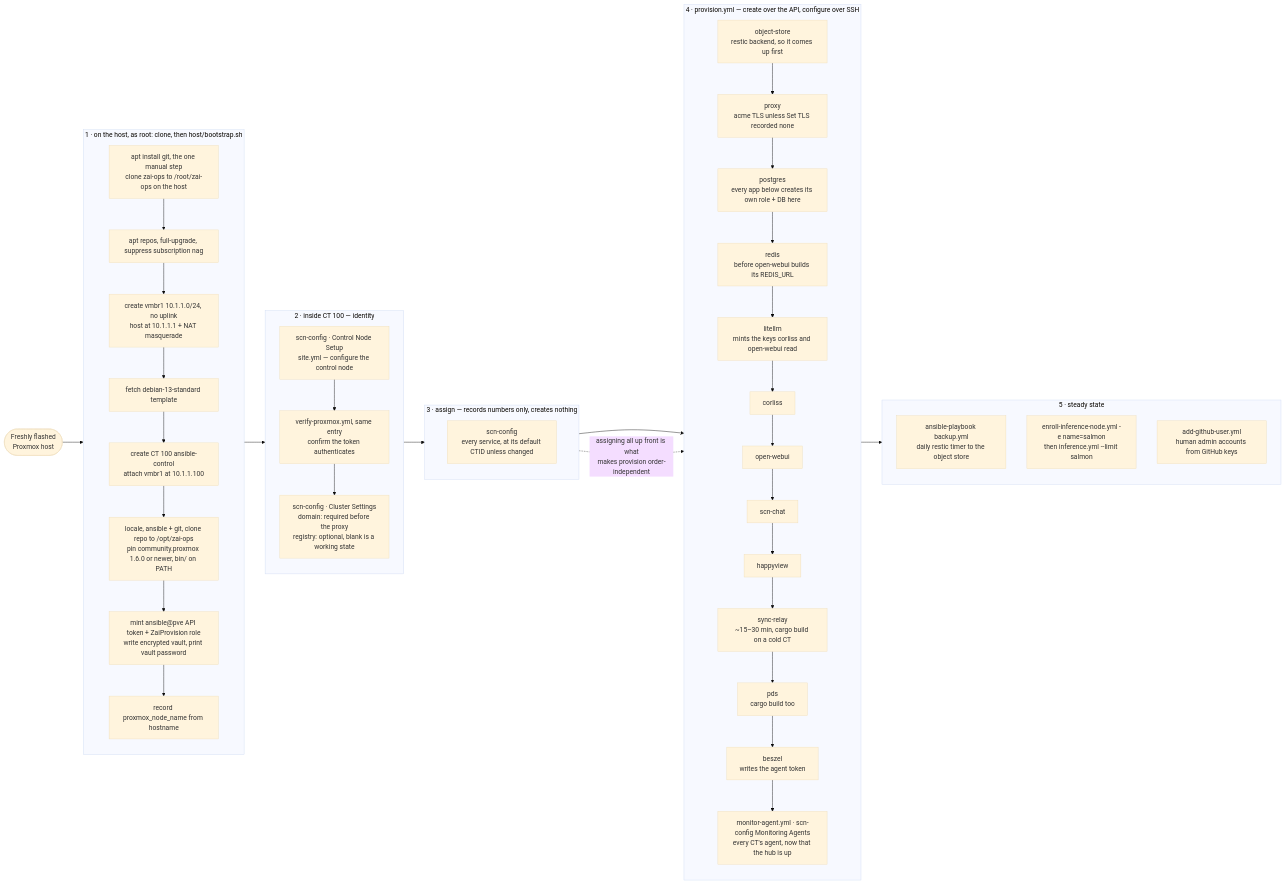
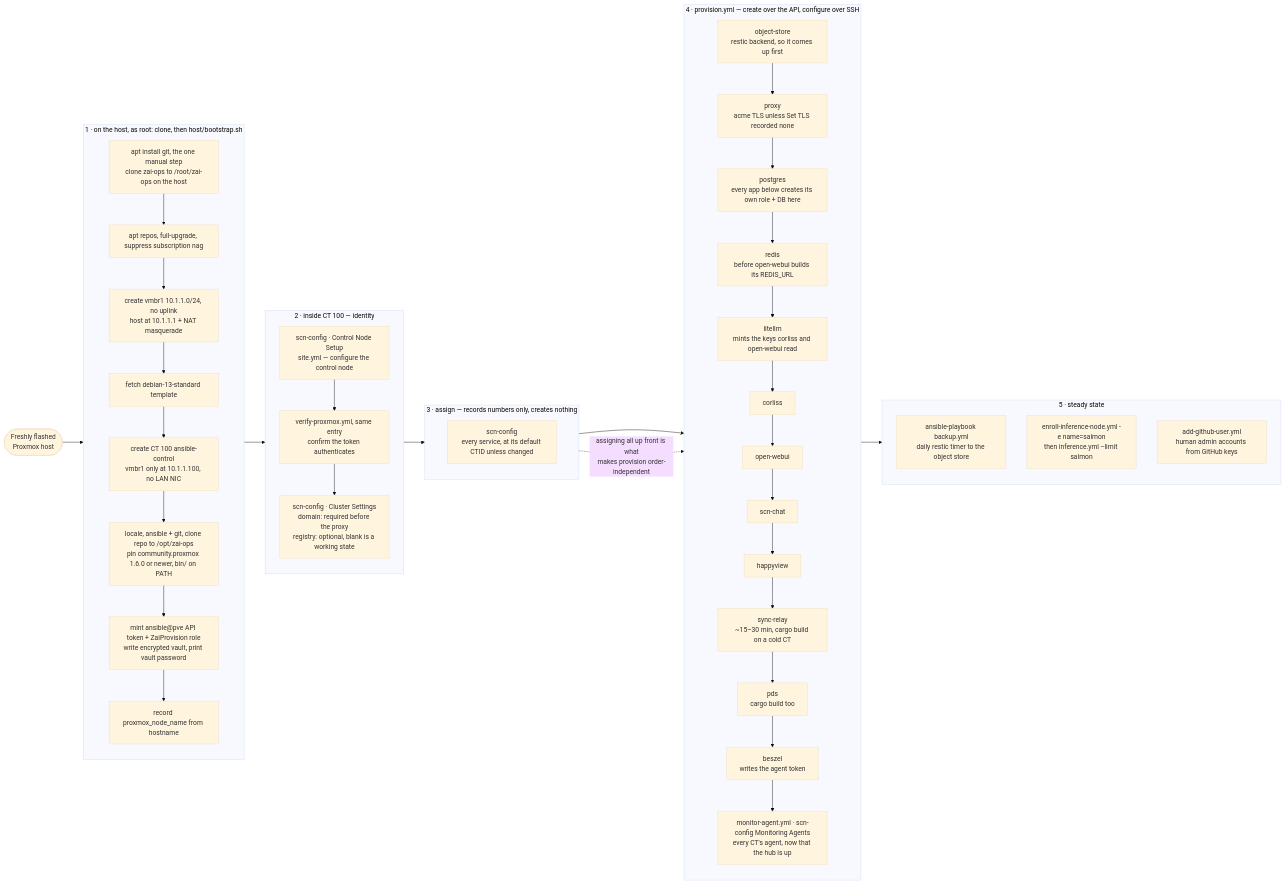
Before and after one commit to Z-Space-Society/zai-ops: the second of 4 diagrams in docs/diagrams.md, drawn with Mermaid (base theme). The commit also changed 8 other files, not shown here.

````diff
--- a/docs/diagrams.md
+++ b/docs/diagrams.md
@@ -134,60 +134,60 @@
 ```mermaid
 flowchart LR
     start(["Freshly flashed<br/>Proxmox host"])
 
     subgraph phase1["1 · on the host, as root: clone, then host/bootstrap.sh"]
         direction TB
         b0["apt install git, the one manual step<br/>clone zai-ops to /root/zai-ops on the host"]
         b1["apt repos, full-upgrade, suppress subscription nag"]
         b0 --> b1
         b2["create vmbr1 10.1.1.0/24, no uplink<br/>host at 10.1.1.1 + NAT masquerade"]
         b3["fetch debian-13-standard template"]
-        b4["create CT 100 ansible-control<br/>attach vmbr1 at 10.1.1.100"]
+        b4["create CT 100 ansible-control<br/>vmbr1 only at 10.1.1.100, no LAN NIC"]
         b5["locale, ansible + git, clone repo to /opt/zai-ops<br/>pin community.proxmox 1.6.0 or newer, bin/ on PATH"]
         b6["mint ansible@pve API token + ZaiProvision role<br/>write encrypted vault, print vault password"]
         b7["record proxmox_node_name from hostname"]
         b1 --> b2 --> b3 --> b4 --> b5 --> b6 --> b7
     end
 
     subgraph phase2["2 · inside CT 100 — identity"]
         direction TB
         c1["scn-config · Control Node Setup<br/>site.yml — configure the control node"]
         c2["verify-proxmox.yml, same entry<br/>confirm the token authenticates"]
         c3["scn-config · Cluster Settings<br/>domain: required before the proxy<br/>registry: optional, blank is a working state"]
         c1 --> c2 --> c3
     end
 
     subgraph phase3["3 · assign — records numbers only, creates nothing"]
         direction TB
         a1["scn-config<br/>every service, at its default CTID unless changed"]
     end
 
     subgraph phase4["4 · provision.yml — create over the API, configure over SSH"]
         direction TB
         p1["object-store<br/>restic backend, so it comes up first"]
         p2["proxy<br/>acme TLS unless Set TLS recorded none"]
         p3["postgres<br/>every app below creates its own role + DB here"]
         p4["redis<br/>before open-webui builds its REDIS_URL"]
         p5["litellm<br/>mints the keys corliss and open-webui read"]
         p6["corliss"]
         p7["open-webui"]
         p8["scn-chat"]
         p9["happyview"]
         p10["sync-relay<br/>~15–30 min, cargo build on a cold CT"]
         p11["pds<br/>cargo build too"]
         p12["beszel<br/>writes the agent token"]
         p13["monitor-agent.yml · scn-config Monitoring Agents<br/>every CT's agent, now that the hub is up"]
         p1 --> p2 --> p3 --> p4 --> p5 --> p6 --> p7 --> p8 --> p9 --> p10 --> p11 --> p12 --> p13
     end
 
     subgraph phase5["5 · steady state"]
         direction TB
         s1["ansible-playbook backup.yml<br/>daily restic timer to the object store"]
         s2["enroll-inference-node.yml -e name=salmon<br/>then inference.yml --limit salmon"]
         s3["add-github-user.yml<br/>human admin accounts from GitHub keys"]
     end
 
     start --> phase1 --> phase2 --> phase3 --> phase4 --> phase5
 
     a1 -.->|"assigning all up front is what<br/>makes provision order-independent"| phase4
 ```
````
